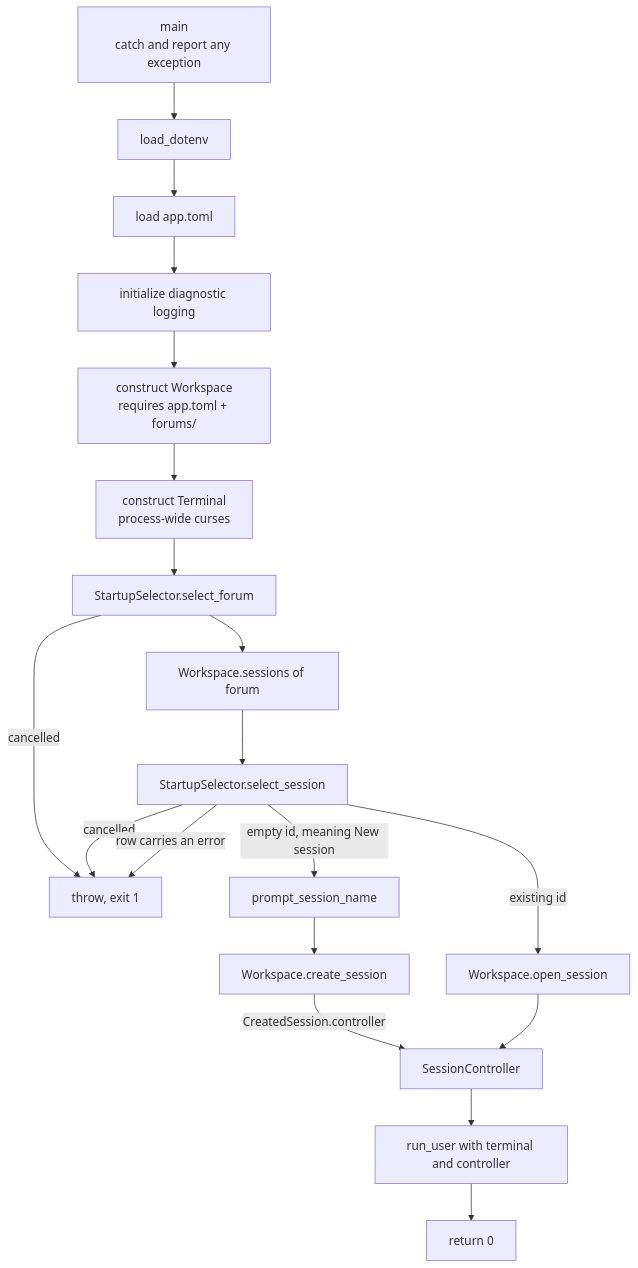
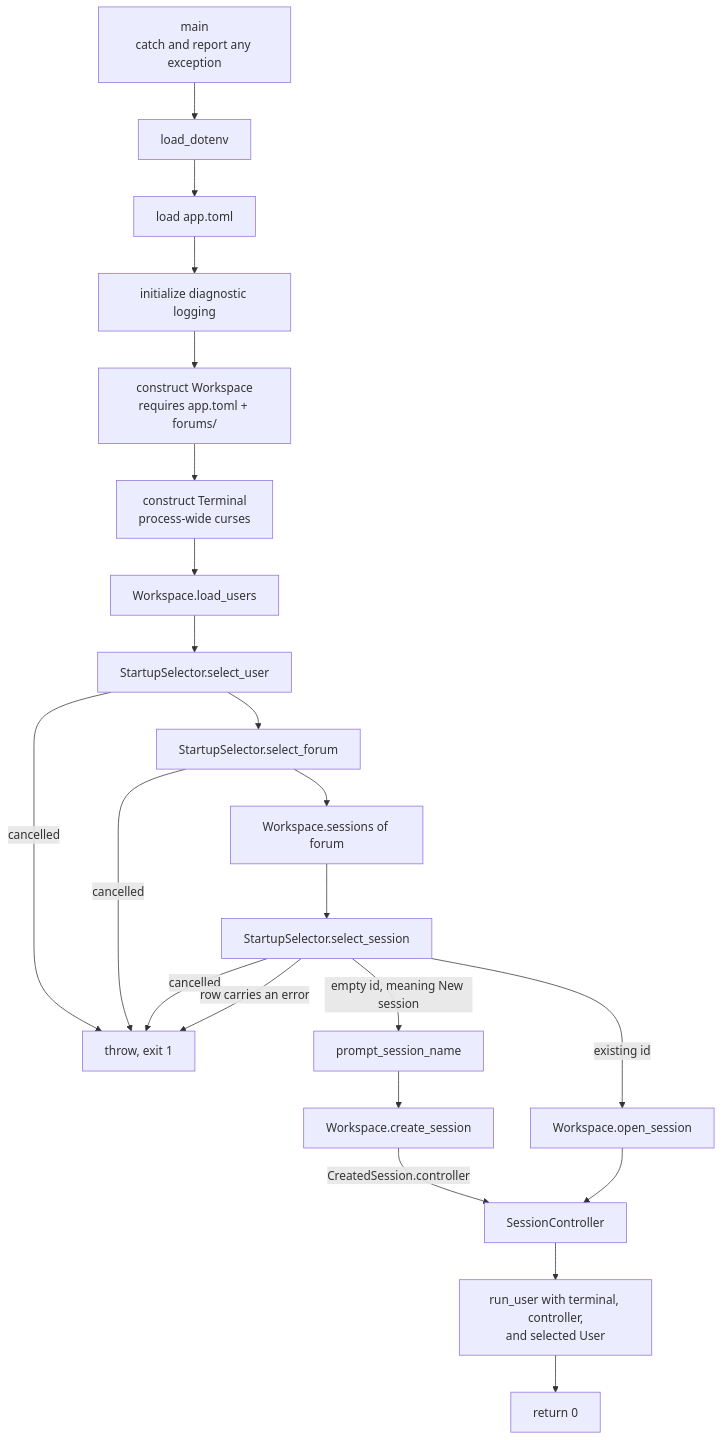
Before and after one commit to michaelpopov/cha: the diagram in src/apps/README.md, drawn with Mermaid. The commit also changed other lines of this file and 8 other files, not shown here.

````diff
--- a/src/apps/README.md
+++ b/src/apps/README.md
@@ -17,21 +17,24 @@
 ```mermaid
 flowchart TD
     a["main<br/>catch and report any exception"] --> b["load_dotenv"]
     b --> config["load app.toml"]
     config --> log["initialize diagnostic logging"]
     log --> c["construct Workspace<br/>requires app.toml + forums/"]
     c --> d["construct Terminal<br/>process-wide curses"]
-    d --> e["StartupSelector.select_forum"]
+    d --> users["Workspace.load_users"]
+    users --> e["StartupSelector.select_user"]
     e -->|"cancelled"| x["throw, exit 1"]
-    e --> f["Workspace.sessions of forum"]
+    e --> forum["StartupSelector.select_forum"]
+    forum -->|"cancelled"| x
+    forum --> f["Workspace.sessions of forum"]
     f --> g["StartupSelector.select_session"]
     g -->|"cancelled"| x
     g -->|"row carries an error"| x
     g -->|"empty id, meaning New session"| h["prompt_session_name"]
     h --> i["Workspace.create_session"]
     g -->|"existing id"| j["Workspace.open_session"]
     i -->|"CreatedSession.controller"| k["SessionController"]
     j --> k
-    k --> l["run_user with terminal and controller"]
+    k --> l["run_user with terminal, controller,<br/>and selected User"]
     l --> m["return 0"]
 ```
````
